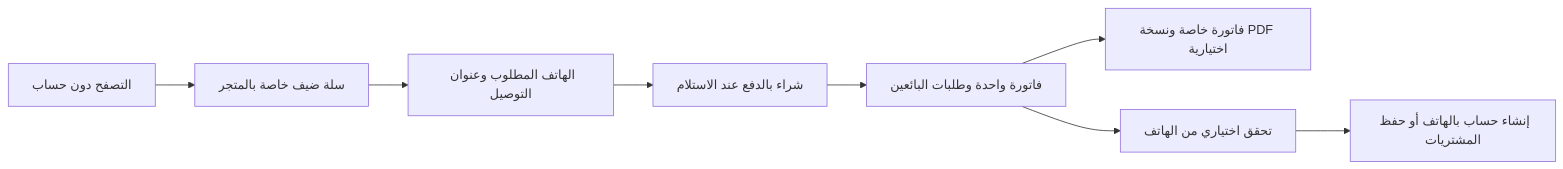
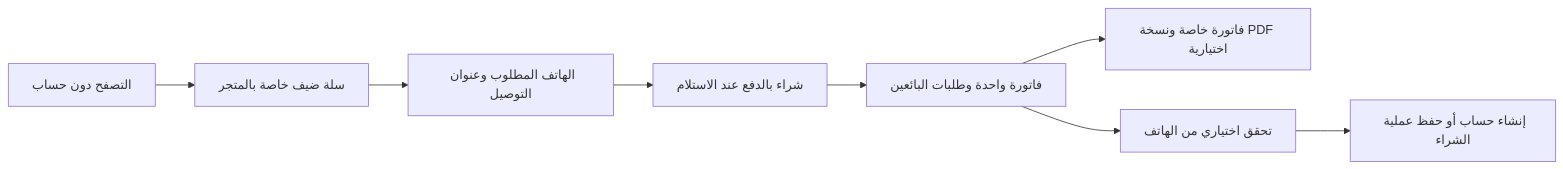
Before and after one commit to mahmoudkhairy159/CartJoin-Client-Docs: the diagram in content/docs/ar/workflows/guest-checkout.mdx, drawn with Mermaid. The commit also changed other lines of this file and 11 other files, not shown here.

````diff
--- a/content/docs/ar/workflows/guest-checkout.mdx
+++ b/content/docs/ar/workflows/guest-checkout.mdx
@@ -41,10 +43,10 @@
 ```mermaid
 flowchart LR
   A[التصفح دون حساب] --> B[سلة ضيف خاصة بالمتجر]
   B --> C[الهاتف المطلوب وعنوان التوصيل]
   C --> D[شراء بالدفع عند الاستلام]
   D --> E[فاتورة واحدة وطلبات البائعين]
   E --> F[فاتورة خاصة ونسخة PDF اختيارية]
   E --> G[تحقق اختياري من الهاتف]
-  G --> H[إنشاء حساب بالهاتف أو حفظ المشتريات]
+  G --> H[إنشاء حساب أو حفظ عملية الشراء]
 ```
````
